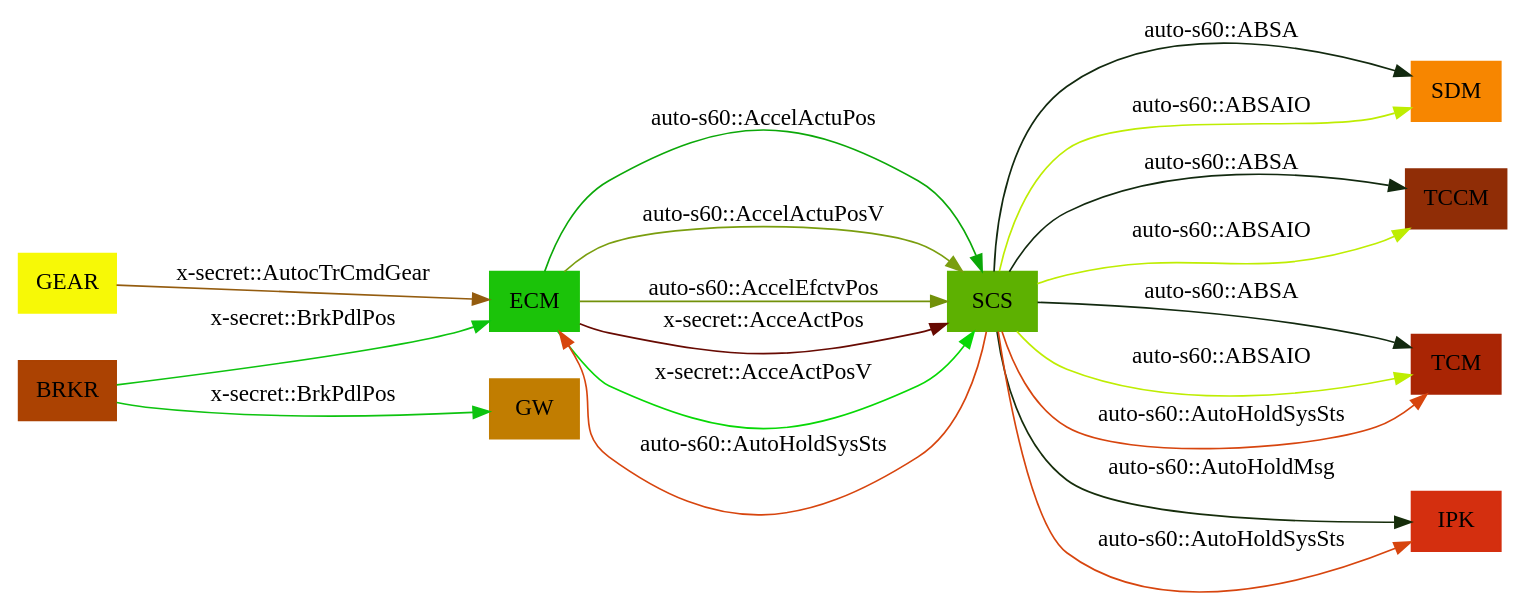
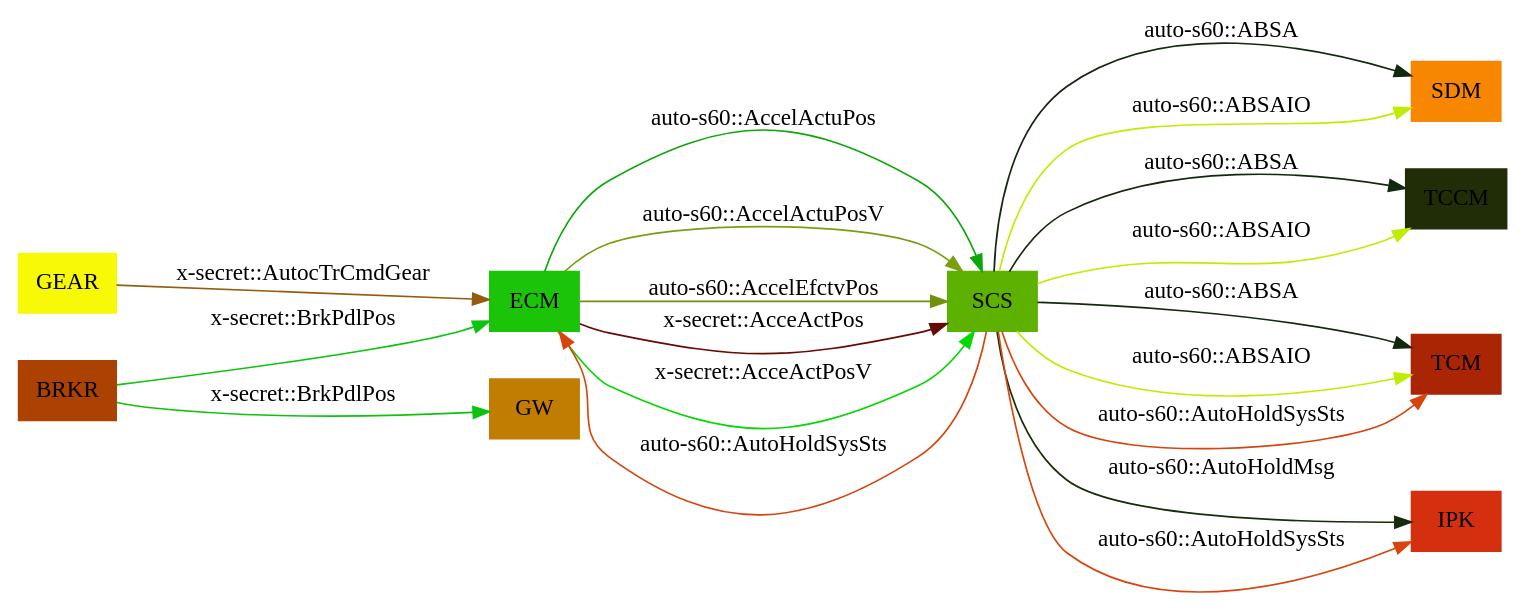
The diagram in graph.dot (williamjoy/helloworld), drawn with Graphviz before and after one commit. The commit also changed 3 other files, not shown here.

Commit message:
display svg graph in output.md

```diff
--- a/graph.dot
+++ b/graph.dot
@@ -1,31 +1,31 @@
 digraph Signals {
 	graph [rankdir=LR title="ECU Signals"]
 	node [shape=box style=filled]
 		ECM [label=ECM color="#1bc39"]
 		SCS [label=SCS color="#5db11"]
 			ECM -> SCS [label="auto-s60::AccelActuPos" color="#0ba88"]
 			ECM -> SCS [label="auto-s60::AccelActuPosV" color="#7a9ef"]
 			ECM -> SCS [label="auto-s60::AccelEfctvPos" color="#7291a"]
 		SDM [label=SDM color="#f7860"]
 			SCS -> SDM [label="auto-s60::ABSA" color="#1229f"]
-		TCCM [label=TCCM color="#902d6"]
+		TCCM [label=TCCM color="#202d6"]
 			SCS -> TCCM [label="auto-s60::ABSA" color="#1229f"]
 		TCM [label=TCM color="#a9254"]
 			SCS -> TCM [label="auto-s60::ABSA" color="#1229f"]
 			SCS -> SDM [label="auto-s60::ABSAIO" color="#beed2"]
 			SCS -> TCCM [label="auto-s60::ABSAIO" color="#beed2"]
 			SCS -> TCM [label="auto-s60::ABSAIO" color="#beed2"]
 		IPK [label=IPK color="#d42ff"]
 			SCS -> IPK [label="auto-s60::AutoHoldMsg" color="#162db"]
 			SCS -> IPK [label="auto-s60::AutoHoldSysSts" color="#d745e"]
 			SCS -> ECM [label="auto-s60::AutoHoldSysSts" color="#d745e"]
 			SCS -> TCM [label="auto-s60::AutoHoldSysSts" color="#d745e"]
 			ECM -> SCS [label="x-secret::AcceActPos" color="#670a2"]
 			ECM -> SCS [label="x-secret::AcceActPosV" color="#07d85"]
 		GEAR [label=GEAR color="#f7f96"]
 			GEAR -> ECM [label="x-secret::AutocTrCmdGear" color="#945cf"]
 		BRKR [label=BRKR color="#ab422"]
 		GW [label=GW color="#c17d1"]
 			BRKR -> GW [label="x-secret::BrkPdlPos" color="#0dc3f"]
 			BRKR -> ECM [label="x-secret::BrkPdlPos" color="#0dc3f"]
 }
```
